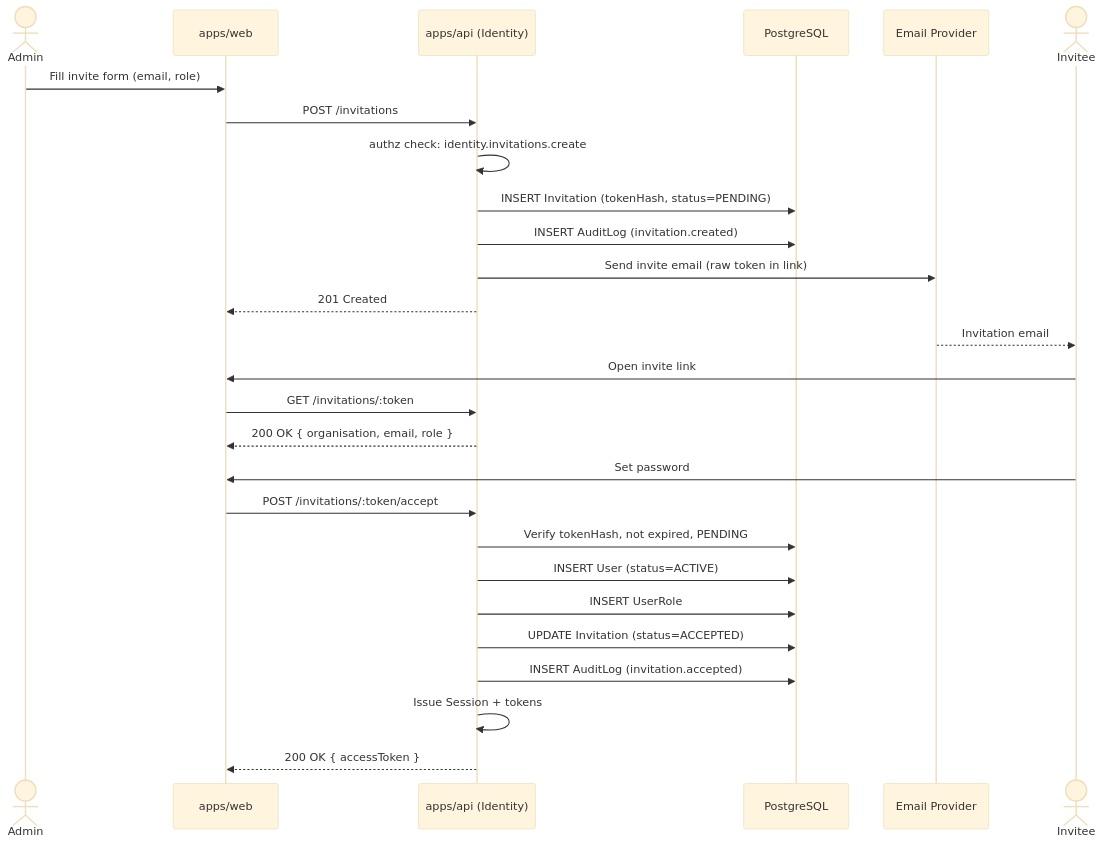
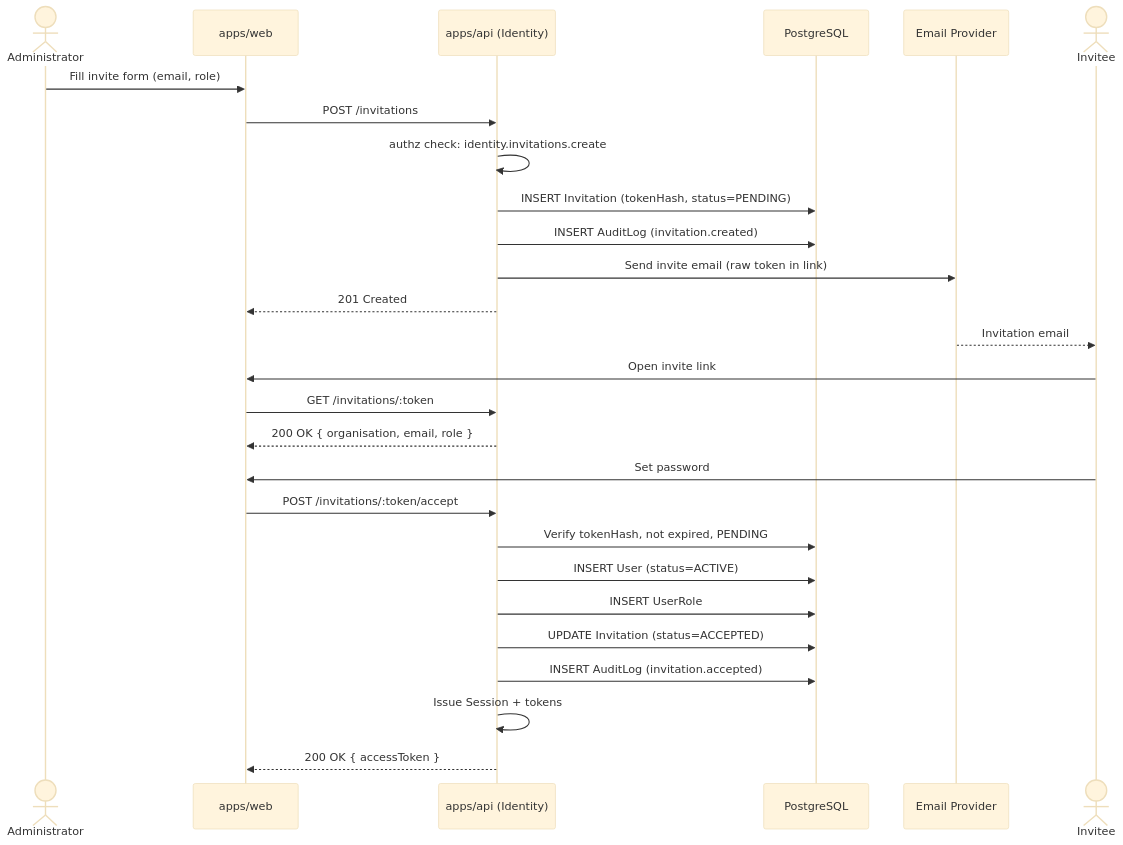
The third of 7 diagrams in docs/domains/identity.md (Jaycode068/Zentuva--MCOS), drawn with Mermaid (base theme) before and after one commit. The commit also changed other lines of this file and 30 other files, not shown here.

````diff
--- a/docs/domains/identity.md
+++ b/docs/domains/identity.md
@@ -943,30 +943,30 @@
 ```mermaid
 sequenceDiagram
-    actor Admin
+    actor Administrator
     participant Web as apps/web
     participant API as apps/api (Identity)
     participant DB as PostgreSQL
     participant Mail as Email Provider
     actor Invitee
 
-    Admin->>Web: Fill invite form (email, role)
+    Administrator->>Web: Fill invite form (email, role)
     Web->>API: POST /invitations
     API->>API: authz check: identity.invitations.create
     API->>DB: INSERT Invitation (tokenHash, status=PENDING)
     API->>DB: INSERT AuditLog (invitation.created)
     API->>Mail: Send invite email (raw token in link)
     API-->>Web: 201 Created
     Mail-->>Invitee: Invitation email
     Invitee->>Web: Open invite link
     Web->>API: GET /invitations/:token
     API-->>Web: 200 OK { organisation, email, role }
     Invitee->>Web: Set password
     Web->>API: POST /invitations/:token/accept
     API->>DB: Verify tokenHash, not expired, PENDING
     API->>DB: INSERT User (status=ACTIVE)
     API->>DB: INSERT UserRole
     API->>DB: UPDATE Invitation (status=ACCEPTED)
     API->>DB: INSERT AuditLog (invitation.accepted)
     API->>API: Issue Session + tokens
     API-->>Web: 200 OK { accessToken }
 ```
````
